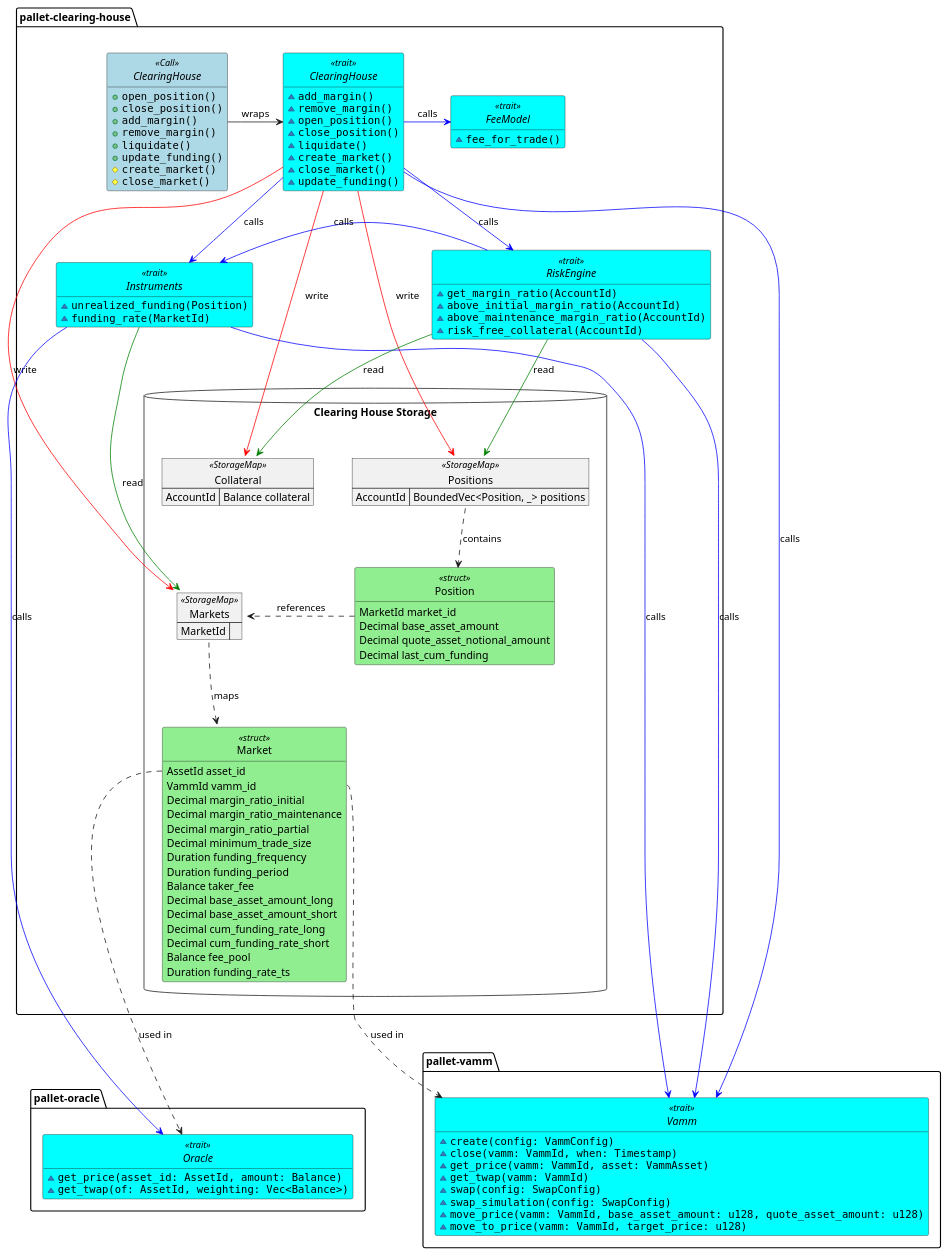
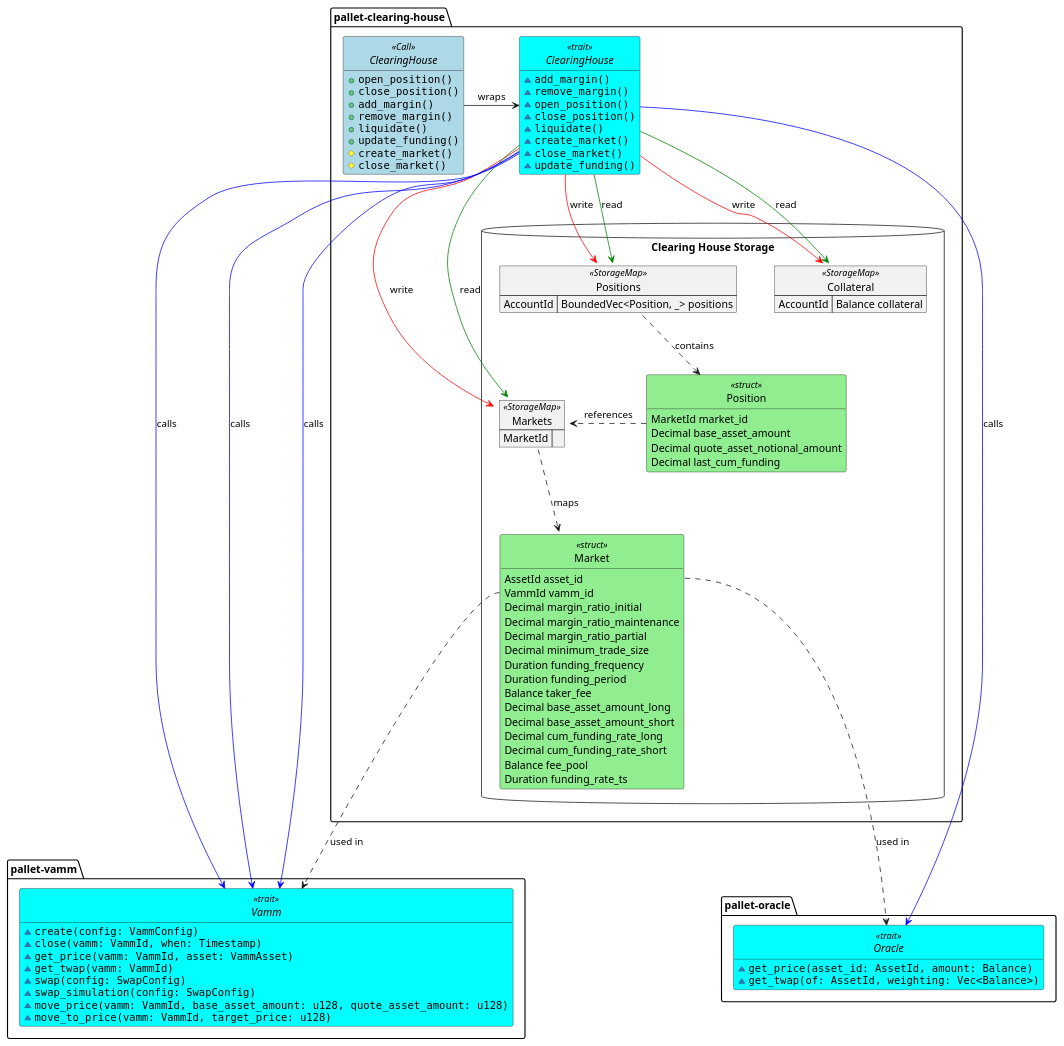
Before and after one commit to escher-exchange/escher: the diagram in clearing-house/diagrams/clearing-house.plantuml, drawn with PlantUML.

Commit message:
docs(CH): remove nonexistent traits from diagram

```diff
--- a/clearing-house/diagrams/clearing-house.plantuml
+++ b/clearing-house/diagrams/clearing-house.plantuml
@@ -1,163 +1,140 @@
 @startuml clearing-house
 
 <style>
 .struct {
     BackgroundColor LightGreen
 }
 .Call {
     BackgroundColor LightBlue
 }
 .trait {
     BackgroundColor Cyan
 }
 </style>
 
 package "pallet-clearing-house" {
     interface ClearingHouse <<Call>> {
         + ""open_position()""
         + ""close_position()""
         + ""add_margin()""
         + ""remove_margin()""
         + ""liquidate()""
         + ""update_funding()""
         # ""create_market()""
         # ""close_market()""
     }
 
     interface "ClearingHouse" as CH <<trait>> {
         ~ ""add_margin()""
         ~ ""remove_margin()""
         ~ ""open_position()""
         ~ ""close_position()""
         ~ ""liquidate()""
         ~ ""create_market()""
         ~ ""close_market()""
         ~ ""update_funding()""
     }
     
-    interface "RiskEngine" as RETrait <<trait>> {
-        ~ ""get_margin_ratio(AccountId)""
-        ~ ""above_initial_margin_ratio(AccountId)""
-        ~ ""above_maintenance_margin_ratio(AccountId)""
-        ~ ""risk_free_collateral(AccountId)""
-        '~ get_free_collateral()
-    }
-    
-    interface "Instruments" as ITrait <<trait>> {
-        ~ ""unrealized_funding(Position)""
-        ~ ""funding_rate(MarketId)""
-    }
-
-    interface "FeeModel" as FTrait <<trait>> {
-        ~ ""fee_for_trade()""
-    }
-
     database "Clearing House Storage" {
         map "Collateral" as MarginAccounts <<StorageMap>> {
             AccountId => Balance collateral
         }
 
         map Positions <<StorageMap>> {
             AccountId => BoundedVec<Position, _> positions
         }
 
         map Markets <<StorageMap>> {
             MarketId =>
         }
 
         class Position <<struct>> {
             MarketId market_id
             Decimal base_asset_amount
             Decimal quote_asset_notional_amount
             Decimal last_cum_funding
         }
 
         class Market <<struct>> {
             AssetId asset_id
             VammId vamm_id
             Decimal margin_ratio_initial
             Decimal margin_ratio_maintenance
             Decimal margin_ratio_partial
             Decimal minimum_trade_size
             Duration funding_frequency
             Duration funding_period
             Balance taker_fee
             Decimal base_asset_amount_long
             Decimal base_asset_amount_short
             Decimal cum_funding_rate_long
             Decimal cum_funding_rate_short
             Balance fee_pool
             Duration funding_rate_ts
         }
     }
 }
 
 package "pallet-vamm" {
     interface "Vamm" as vAmm <<trait>> {
         ~ ""create(config: VammConfig)""
         ~ ""close(vamm: VammId, when: Timestamp)""
         ~ ""get_price(vamm: VammId, asset: VammAsset)""
         ~ ""get_twap(vamm: VammId)""
         ~ ""swap(config: SwapConfig)""
         ~ ""swap_simulation(config: SwapConfig)""
         ~ ""move_price(vamm: VammId, base_asset_amount: u128, quote_asset_amount: u128)""
         ~ ""move_to_price(vamm: VammId, target_price: u128)""
     }
 }
 
 package "pallet-oracle" {
     interface Oracle <<trait>> {
         ~ ""get_price(asset_id: AssetId, amount: Balance)""
         ~ ""get_twap(of: AssetId, weighting: Vec<Balance>)""
     }
 }
 
 hide empty members
 hide circle
 
 '================== Storage relationships
 Markets ..down> Market : maps
 Market::vamm_id ..> vAmm : used in
 Market::asset_id ..> Oracle : used in
 
 Positions::positions ..down> Position: contains
 Position ..right> Markets : references
 
 '================== Control flow relationships             
 ClearingHouse -> CH : wraps
 
-CH -[#blue]-> ITrait : calls
-
 'add_margin
 'remove_margin
 CH -[#red]-> MarginAccounts : write
 
 'create_market
 'close_market
 CH -[#red]-> Markets : write
 
-'remove_margin
-CH -[#blue]-> RETrait : calls
 
 'open_position
 'close_position
 'liquidate
 CH -[#red]-> Positions : write
-CH -[#blue]right> FTrait : calls
 
 'open_position
 'close_position
 CH -[#blue]-> vAmm : calls
 
 'update_funding
-ITrait -[#green]-> Markets : read
-ITrait -[#blue]-> Oracle : calls
-ITrait -[#blue]-> vAmm : calls
+CH -[#green]-> Markets : read
+CH -[#blue]-> Oracle : calls
+CH -[#blue]-> vAmm : calls
 
 'get_margin_ratio
-RETrait -[#green]-> MarginAccounts : read
-RETrait -[#green]-> Positions : read
-RETrait -left[#blue]> ITrait : calls
-RETrait -[#blue]-> vAmm : calls
+CH -[#green]-> MarginAccounts : read
+CH -[#green]-> Positions : read
+CH -[#blue]-> vAmm : calls
 
 @enduml
```
